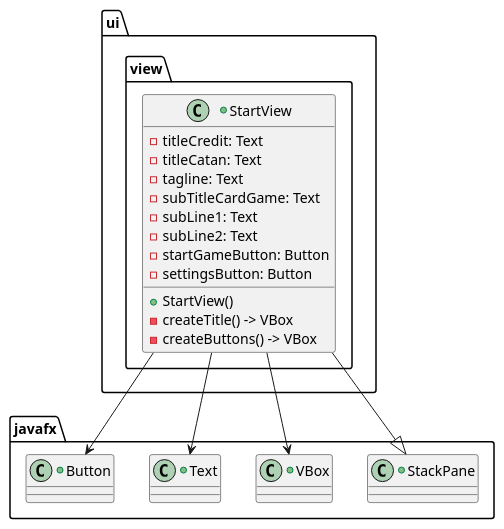
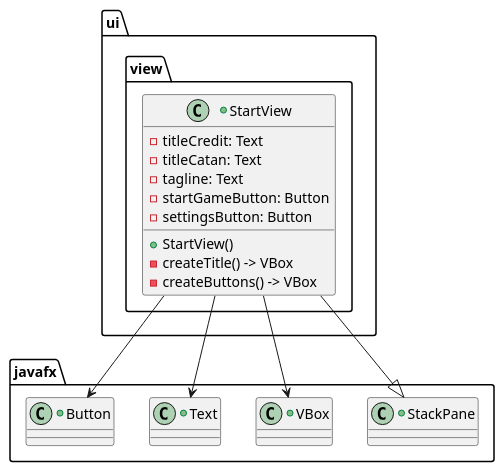
Before and after one commit to nu-cs-sqe/cs380-software-quality-engineering-20262701-course-project-group-5: the diagram in docs/design/start_view.puml, drawn with PlantUML. The commit also changed 2 other files, not shown here.

```diff
--- a/docs/design/start_view.puml
+++ b/docs/design/start_view.puml
@@ -1,42 +1,38 @@
 @startuml
 
 package ui.view {
     +class StartView {
-    ' need to change to fit Catan
         -titleCredit: Text
         -titleCatan: Text
         -tagline: Text
-        -subTitleCardGame: Text
-        -subLine1: Text
-        -subLine2: Text
         -startGameButton: Button
         -settingsButton: Button
         +StartView()
         -createTitle() -> VBox
         -createButtons() -> VBox
     }
 }
 
 package javafx {
 
     +class StackPane {
     }
 
     +class VBox {
     }
 
     +class Text {
     }
 
     +class Button {
     }
 
 }
 
 ' named JavaFX UI classes
 StartView --|> StackPane
 StartView --> VBox
 StartView --> Text
 StartView --> Button
 
 @enduml
```
